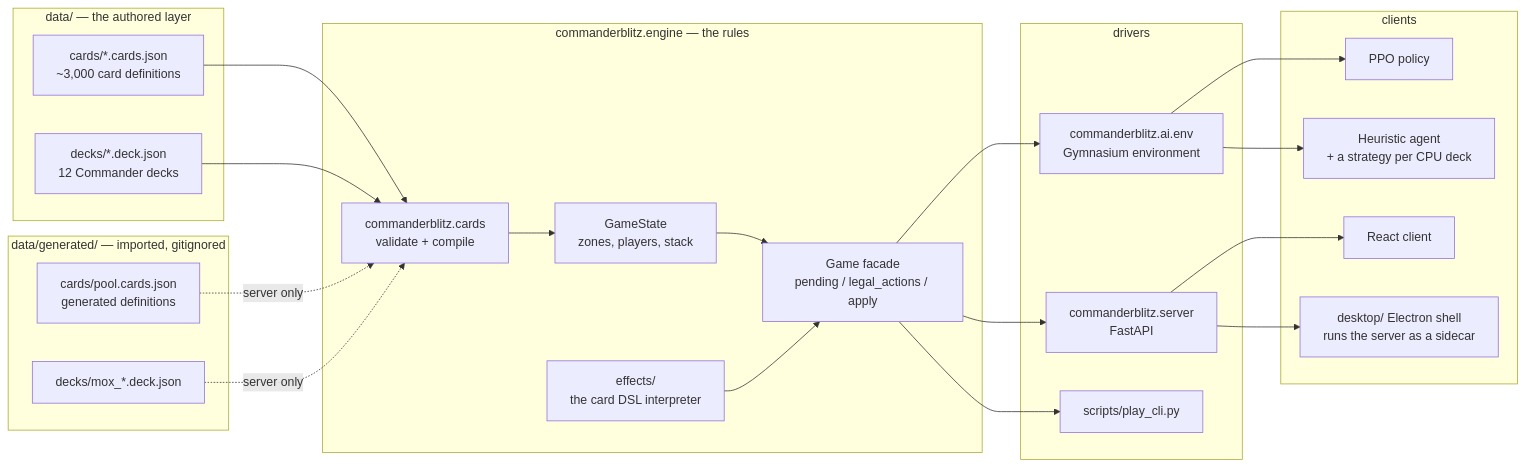
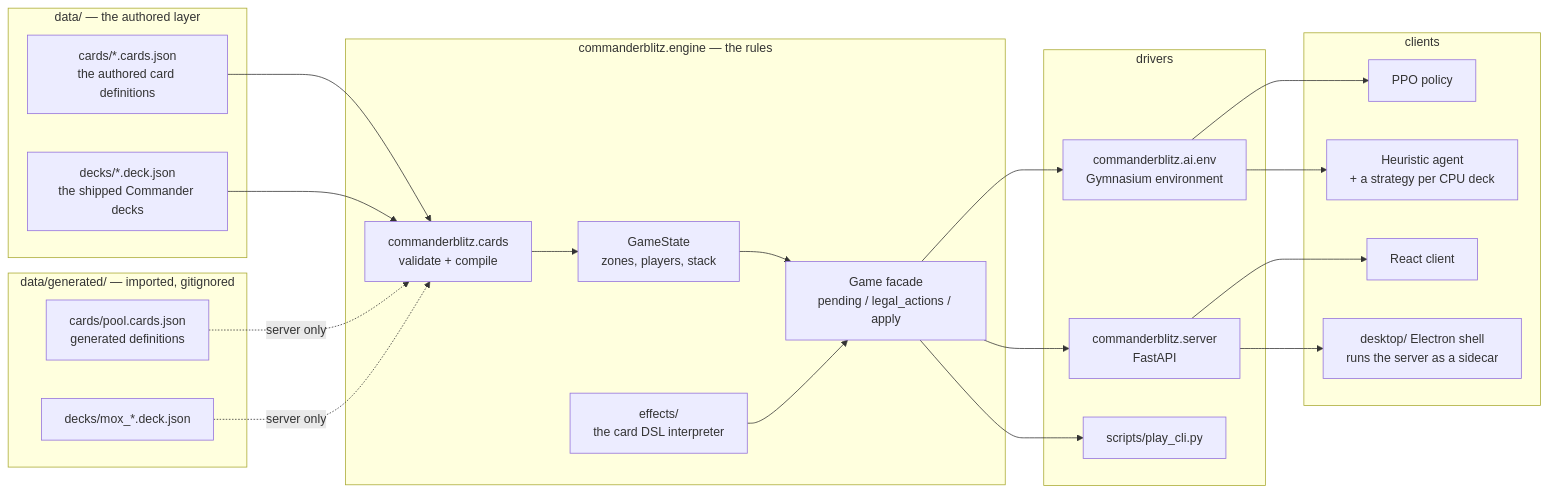
One commit to TylerGauntlett/commander-blitz changed the first of 3 diagrams in docs/architecture.md. Above: the diagram before and after it, drawn with Mermaid. The commit also changed other lines of this file and 20 other files, not shown here.

````diff
--- a/docs/architecture.md
+++ b/docs/architecture.md
@@ -8,47 +8,47 @@
 ```mermaid
 flowchart LR
     subgraph data["data/ — the authored layer"]
-        cards["cards/*.cards.json<br/>~3,000 card definitions"]
-        decks["decks/*.deck.json<br/>12 Commander decks"]
+        cards["cards/*.cards.json<br/>the authored card definitions"]
+        decks["decks/*.deck.json<br/>the shipped Commander decks"]
     end
 
     subgraph generated["data/generated/ — imported, gitignored"]
         pool["cards/pool.cards.json<br/>generated definitions"]
         mox["decks/mox_*.deck.json"]
     end
 
     subgraph core["commanderblitz.engine — the rules"]
         loader["commanderblitz.cards<br/>validate + compile"]
         state["GameState<br/>zones, players, stack"]
         game["Game facade<br/>pending / legal_actions / apply"]
         effects["effects/<br/>the card DSL interpreter"]
     end
 
     subgraph drivers["drivers"]
         env["commanderblitz.ai.env<br/>Gymnasium environment"]
         server["commanderblitz.server<br/>FastAPI"]
         cli["scripts/play_cli.py"]
     end
 
     subgraph clients["clients"]
         policy["PPO policy"]
         heuristic["Heuristic agent<br/>+ a strategy per CPU deck"]
         react["React client"]
         desktop["desktop/ Electron shell<br/>runs the server as a sidecar"]
     end
 
     cards --> loader
     decks --> loader
     pool -.->|"server only"| loader
     mox -.->|"server only"| loader
     loader --> state
     state --> game
     effects --> game
     game --> env
     game --> server
     game --> cli
     env --> policy
     env --> heuristic
     server --> react
     server --> desktop
 ```
````
